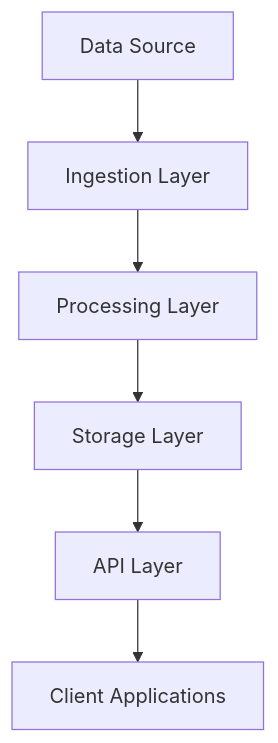
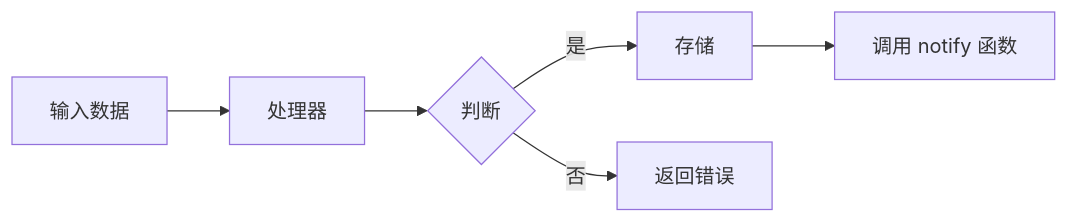
One commit to ezrover/POICompanion changed the second of 3 diagrams in .claude/agents/agent-design.md. Above: the diagram before and after it, drawn with Mermaid. The commit also changed other lines of this file and 15 other files, not shown here.

````diff
--- a/.claude/agents/agent-design.md
+++ b/.claude/agents/agent-design.md
@@ -136,8 +75,8 @@
 ```mermaid
-flowchart TD
-    A[Data Source] --> B[Ingestion Layer]
-    B --> C[Processing Layer]
-    C --> D[Storage Layer]
-    D --> E[API Layer]
-    E --> F[Client Applications]
+graph LR
+    A[输入数据] --> B[处理器]
+    B --> C{判断}
+    C -->|是| D[存储]
+    C -->|否| E[返回错误]
+    D --> F[调用 notify 函数]
 ```
````
